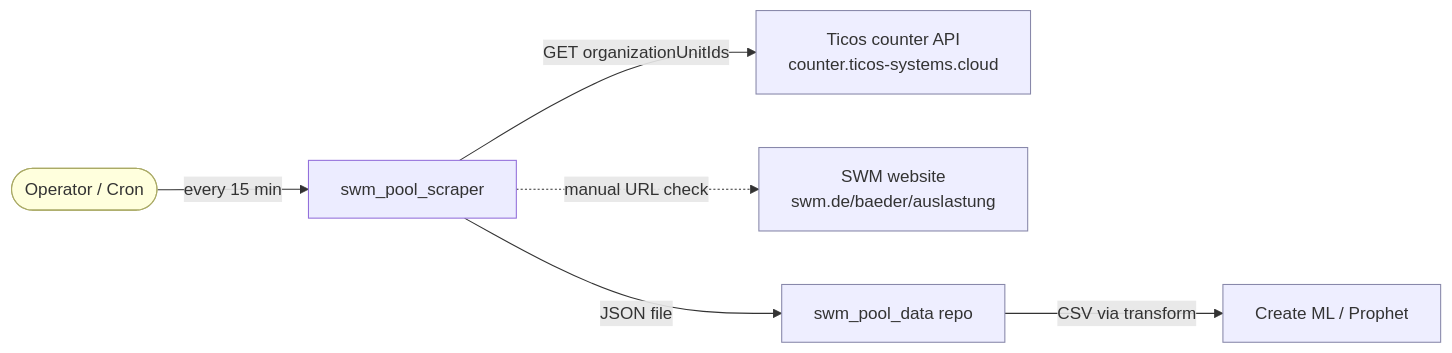
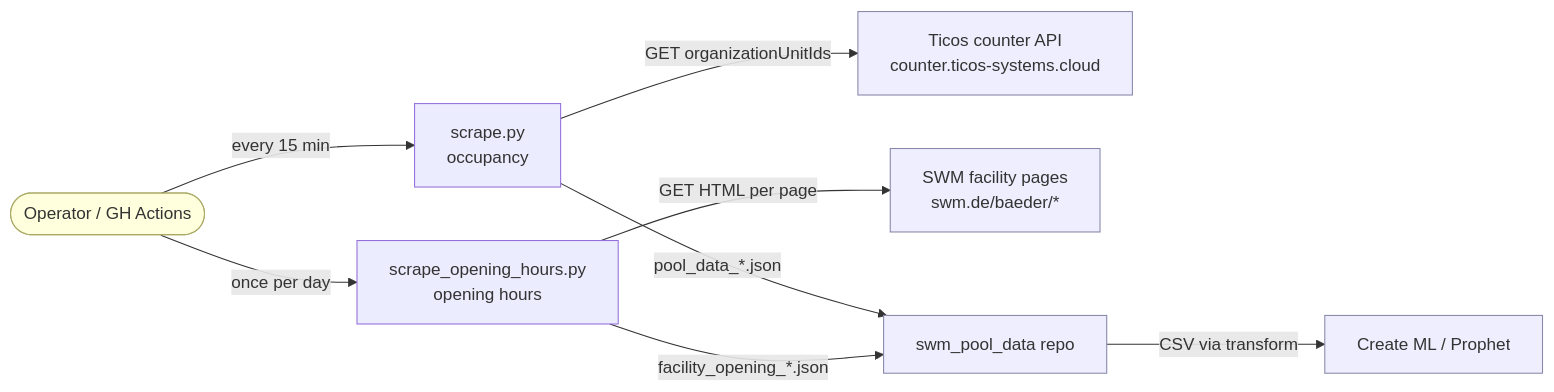
One commit to tillg/swm_pool_scraper changed the diagram in specs/system/domain.md. Above: the diagram before and after it, drawn with Mermaid. The commit also changed other lines of this file and 29 other files, not shown here.

First line of the commit message:
Add daily opening-hours scraper with closed-for-season handling

````diff
--- a/specs/system/domain.md
+++ b/specs/system/domain.md
@@ -56,17 +93,19 @@
 ```mermaid
 flowchart LR
-    Op([Operator / Cron]):::actor
+    Op([Operator / GH Actions]):::actor
     Ticos[Ticos counter API<br/>counter.ticos-systems.cloud]:::ext
-    SWM[SWM website<br/>swm.de/baeder/auslastung]:::ext
+    SWM[SWM facility pages<br/>swm.de/baeder/*]:::ext
     Data[swm_pool_data repo]:::ext
     ML[Create ML / Prophet]:::ext
 
-    Op -->|every 15 min| Scraper[swm_pool_scraper]
-    Scraper -->|GET organizationUnitIds| Ticos
-    Scraper -.->|manual URL check| SWM
-    Scraper -->|JSON file| Data
+    Op -->|every 15 min| OccScr[scrape.py<br/>occupancy]
+    Op -->|once per day| OhScr[scrape_opening_hours.py<br/>opening hours]
+    OccScr -->|GET organizationUnitIds| Ticos
+    OhScr -->|GET HTML per page| SWM
+    OccScr -->|pool_data_*.json| Data
+    OhScr -->|facility_opening_*.json| Data
     Data -->|CSV via transform| ML
 
     classDef actor fill:#ffd,stroke:#aa6
     classDef ext fill:#eef,stroke:#88a
 ```
````
